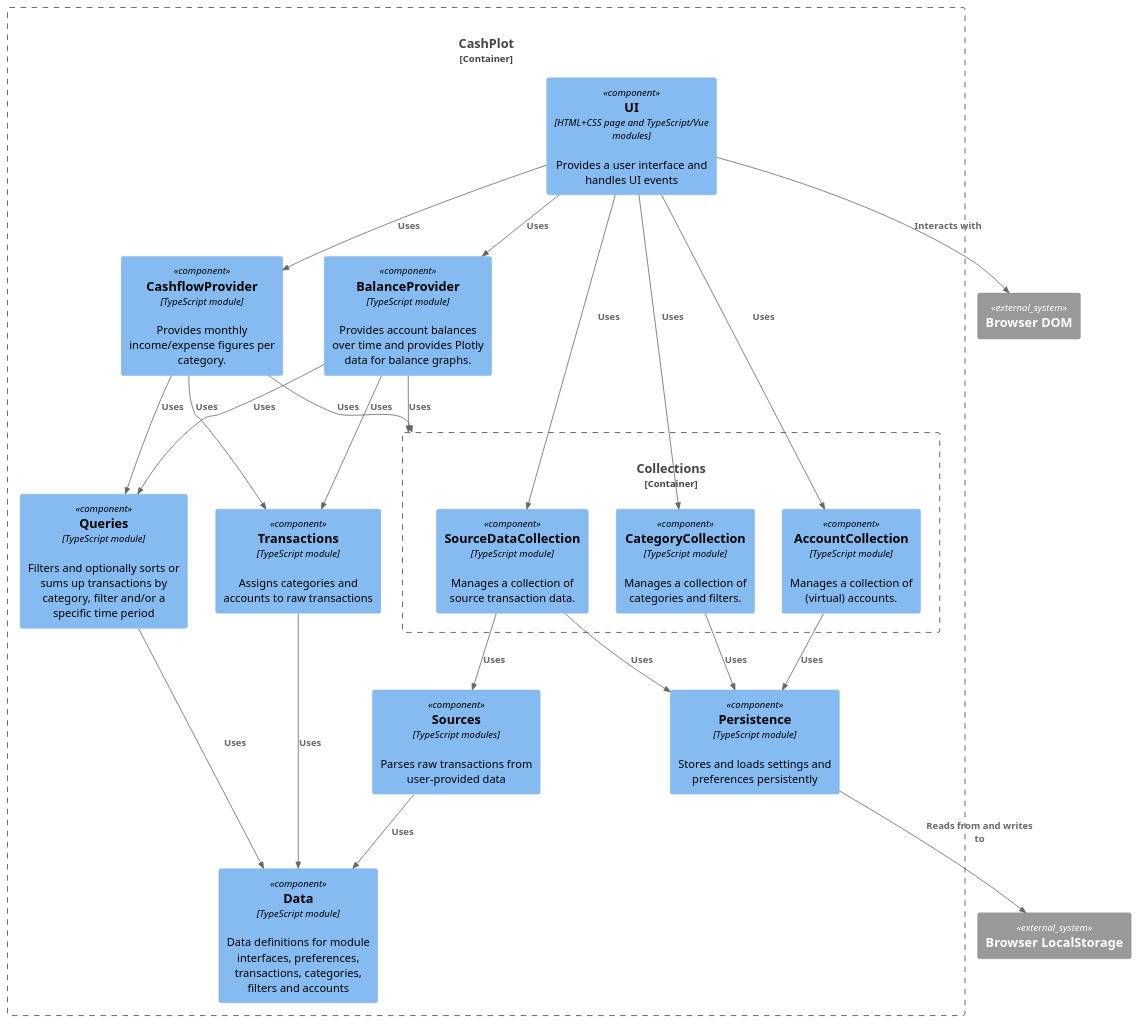
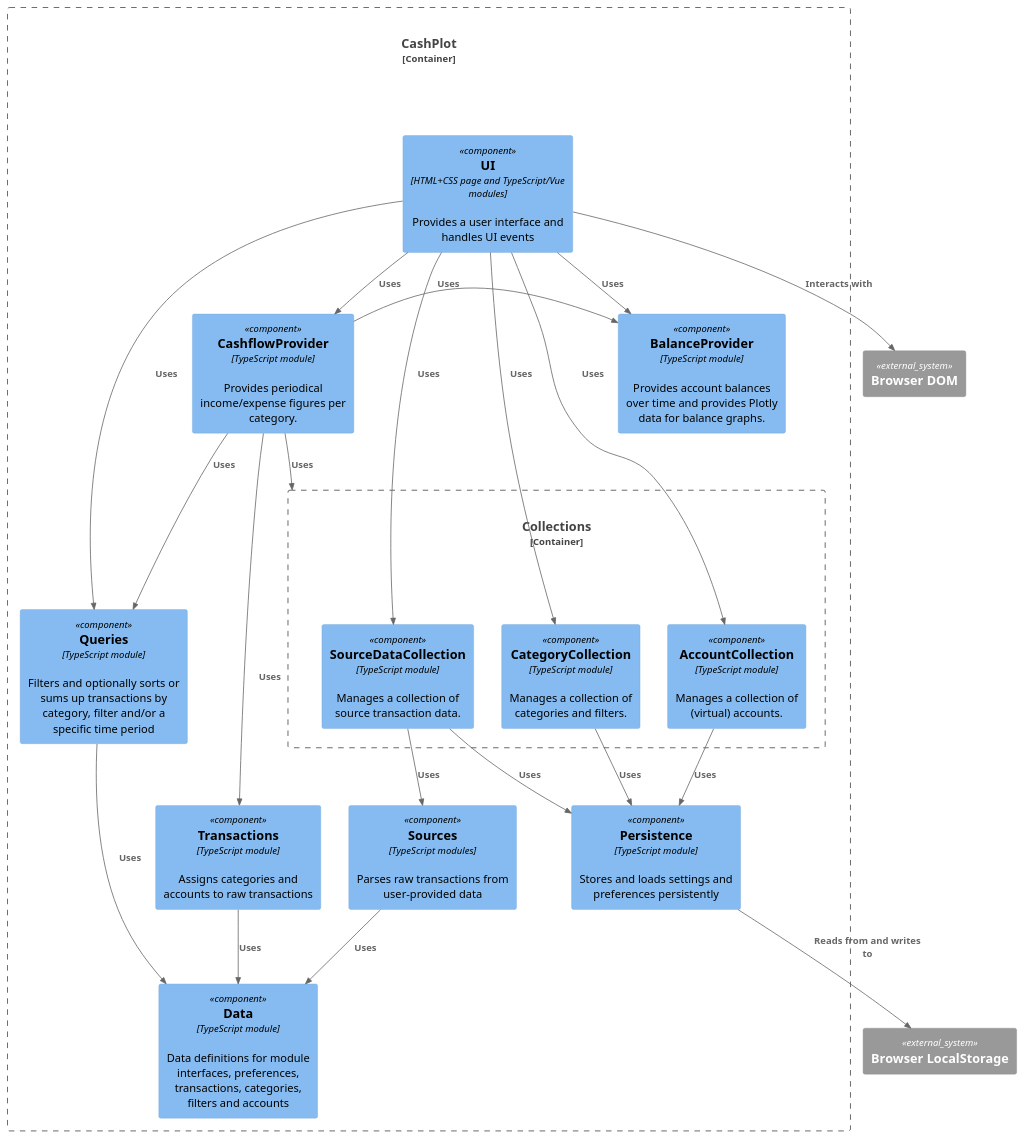
The diagram in design/ComponentDiagram.plantuml (cuiter/cashplot), drawn with PlantUML before and after one commit. The commit also changed 1 other file, not shown here.

Commit message:
Component diagram: make balance provider depend on cashflow provider and improve caching design

```diff
--- a/design/ComponentDiagram.plantuml
+++ b/design/ComponentDiagram.plantuml
@@ -1,50 +1,49 @@
 @startuml
 
 !include https://raw.githubusercontent.com/plantuml-stdlib/C4-PlantUML/v2.3.0/C4_Context.puml
 !include https://raw.githubusercontent.com/plantuml-stdlib/C4-PlantUML/v2.3.0/C4_Container.puml
 !include https://raw.githubusercontent.com/plantuml-stdlib/C4-PlantUML/v2.3.0/C4_Component.puml
 
 
 Container_Boundary(cashplot_container, "CashPlot") {
     Component(ui_component, "UI", "HTML+CSS page and TypeScript/Vue modules", "Provides a user interface and handles UI events")
     Container_Boundary(collections_container, "Collections") {
         Component(source_data_collection_component, "SourceDataCollection", "TypeScript module", "Manages a collection of source transaction data.")
         Component(category_collection_component, "CategoryCollection", "TypeScript module", "Manages a collection of categories and filters.")
         Component(account_collection_component, "AccountCollection", "TypeScript module", "Manages a collection of (virtual) accounts.")
     }
-    Component(cashflow_provider_component, "CashflowProvider", "TypeScript module", "Provides monthly income/expense figures per category.")
+    Component(cashflow_provider_component, "CashflowProvider", "TypeScript module", "Provides periodical income/expense figures per category.")
     Component(balance_provider_component, "BalanceProvider", "TypeScript module", "Provides account balances over time and provides Plotly data for balance graphs.")
     Component(persistence_component, "Persistence", "TypeScript module", "Stores and loads settings and preferences persistently")
     Component(queries_component, "Queries", "TypeScript module", "Filters and optionally sorts or sums up transactions by category, filter and/or a specific time period")
     Component(transactions_component, "Transactions", "TypeScript module", "Assigns categories and accounts to raw transactions")
     Component(sources_component, "Sources", "TypeScript modules", "Parses raw transactions from user-provided data")
     Component(data_component, "Data", "TypeScript module", "Data definitions for module interfaces, preferences, transactions, categories, filters and accounts")
 
     Rel(ui_component, source_data_collection_component, "Uses")
     Rel(ui_component, category_collection_component, "Uses")
     Rel(ui_component, account_collection_component, "Uses")
     Rel(ui_component, cashflow_provider_component, "Uses")
     Rel(ui_component, balance_provider_component, "Uses")
+    Rel(ui_component, queries_component, "Uses")
     Rel(source_data_collection_component, persistence_component, "Uses")
     Rel(source_data_collection_component, sources_component, "Uses")
     Rel(category_collection_component, persistence_component, "Uses")
     Rel(account_collection_component, persistence_component, "Uses")
     Rel(cashflow_provider_component, collections_container, "Uses")
+    Rel(cashflow_provider_component, transactions_component, "Uses")
     Rel(cashflow_provider_component, queries_component, "Uses")
-    Rel(cashflow_provider_component, transactions_component, "Uses")
-    Rel(balance_provider_component, collections_container, "Uses")
-    Rel(balance_provider_component, queries_component, "Uses")
-    Rel(balance_provider_component, transactions_component, "Uses")
+    Rel_R(cashflow_provider_component, balance_provider_component, "Uses")
     Rel(queries_component, data_component, "Uses")
     Rel(transactions_component, data_component, "Uses")
     Rel(sources_component, data_component, "Uses")
 }
 
 System_Ext(browser_dom, "Browser DOM")
 System_Ext(browser_localstorage, "Browser LocalStorage")
 
 Rel(ui_component, browser_dom, "Interacts with")
 Rel(persistence_component, browser_localstorage, "Reads from and writes to")
 
 
 @enduml
```
